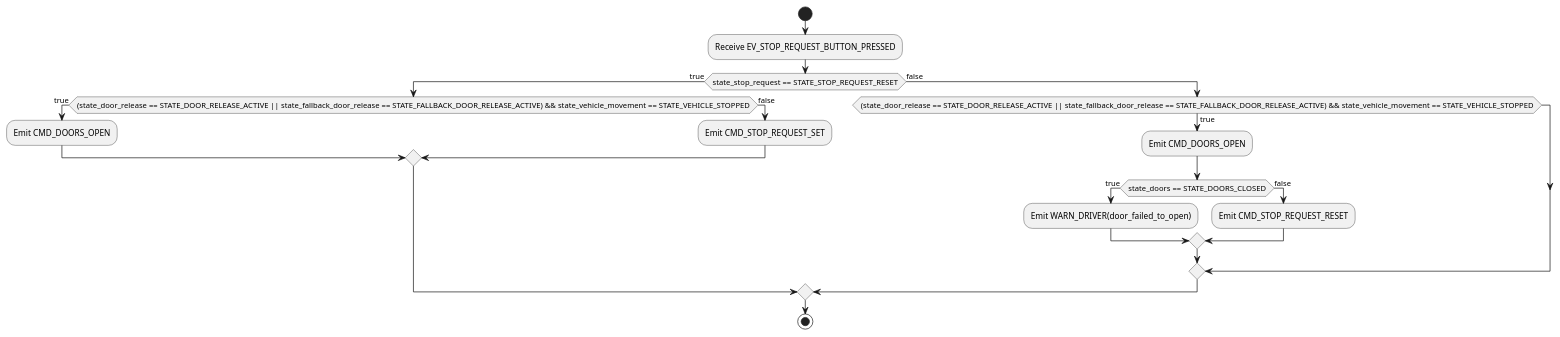
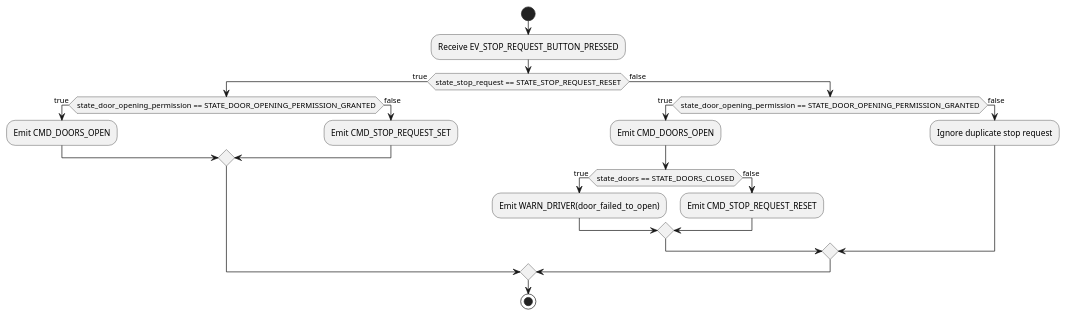
One commit to paetzholdt/CANRepo changed the diagram in docs/activity_diagrams/node-door-controller/stop_request_supervisor_activity.puml. Above: the diagram before and after it, drawn with PlantUML. The commit also changed 4 other files, not shown here.

Commit message:
add door opening permission requirements and decision table and implement in stop request activity

```diff
--- a/docs/activity_diagrams/node-door-controller/stop_request_supervisor_activity.puml
+++ b/docs/activity_diagrams/node-door-controller/stop_request_supervisor_activity.puml
@@ -1,35 +1,42 @@
 @startuml stop_request_supervisor_activity
 
 start
 
 :Receive EV_STOP_REQUEST_BUTTON_PRESSED;
 
 if (state_stop_request == STATE_STOP_REQUEST_RESET) then (true) 
-    if ((state_door_release == STATE_DOOR_RELEASE_ACTIVE || state_fallback_door_release == STATE_FALLBACK_DOOR_RELEASE_ACTIVE) && state_vehicle_movement == STATE_VEHICLE_STOPPED) then (true)
+    if (state_door_opening_permission == STATE_DOOR_OPENING_PERMISSION_GRANTED) then (true)
         :Emit CMD_DOORS_OPEN;
 
     else (false)
         :Emit CMD_STOP_REQUEST_SET;
     
     endif
 
 else (false)
-    if ((state_door_release == STATE_DOOR_RELEASE_ACTIVE || state_fallback_door_release == STATE_FALLBACK_DOOR_RELEASE_ACTIVE) && state_vehicle_movement == STATE_VEHICLE_STOPPED) then (true)
+    if (state_door_opening_permission == STATE_DOOR_OPENING_PERMISSION_GRANTED) then (true)
         :Emit CMD_DOORS_OPEN;
 
+        ' TODO:
+        ' Door opening is asynchronous
+        ' state_doors shall not be evaluated immediately after emitting CMD_DOORS_OPEN
+        ' Future improvement: introduction of separate asynchronous door supervision (e.g. EV_DOOR_OPEN_TIMEOUT)
         if (state_doors == STATE_DOORS_CLOSED) then (true)
             :Emit WARN_DRIVER(door_failed_to_open);
 
         else (false)
             :Emit CMD_STOP_REQUEST_RESET;
         
         endif
+    
+    else (false)
+        :Ignore duplicate stop request;
     
     endif
 
 endif
 
 stop
 
 
 @enduml
```
